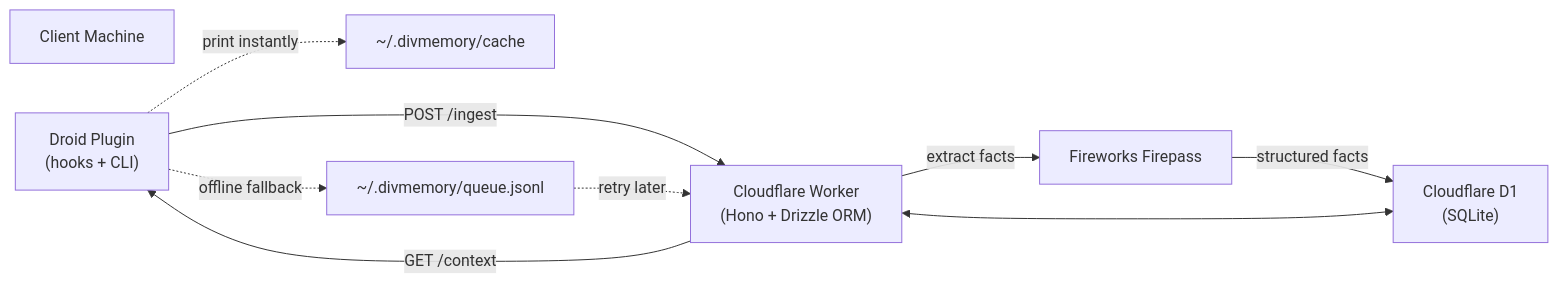
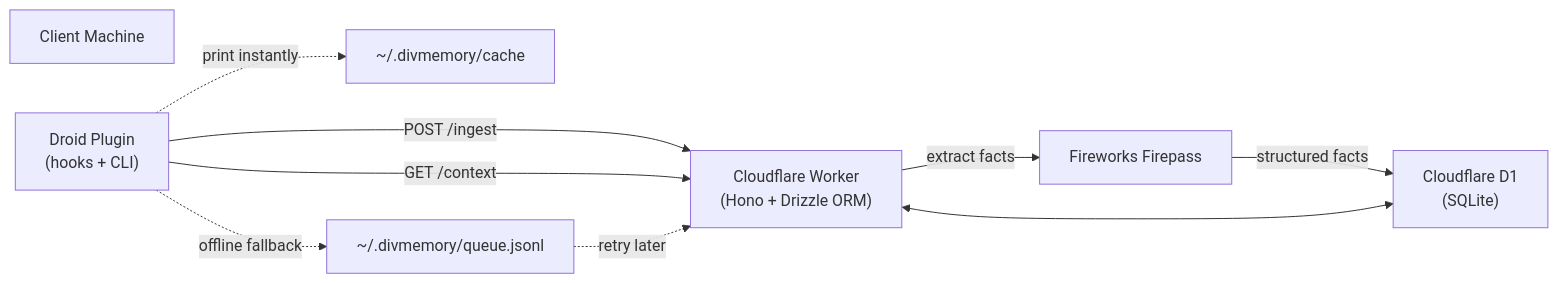
The diagram in docs/src/content/docs/getting-started/introduction.mdx (Divkix/divmemory), drawn with Mermaid before and after one commit. The commit also changed 5 other files, not shown here.

First line of the commit message:
docs(site): align api specs, architecture, troubleshooting, and config settings

````diff
--- a/docs/src/content/docs/getting-started/introduction.mdx
+++ b/docs/src/content/docs/getting-started/introduction.mdx
@@ -14,19 +14,20 @@
 ```mermaid
 flowchart LR
 	Client["Client Machine"]
 	Plugin["Droid Plugin\n(hooks + CLI)"]
 	Cache["~/.divmemory/cache"]
 	Queue["~/.divmemory/queue.jsonl"]
 	Worker["Cloudflare Worker\n(Hono + Drizzle ORM)"]
 	Firepass["Fireworks Firepass"]
 	D1["Cloudflare D1\n(SQLite)"]
 
 	Plugin -->|"POST /ingest"| Worker
-	Worker -->|"GET /context"| Plugin
+	Plugin -->|"GET /context"| Worker
+
 	Plugin -.->|"print instantly"| Cache
 	Plugin -.->|"offline fallback"| Queue
 	Queue -.->|"retry later"| Worker
 	Worker -->|"extract facts"| Firepass
 	Firepass -->|"structured facts"| D1
 	Worker <--> D1
 ```
````
